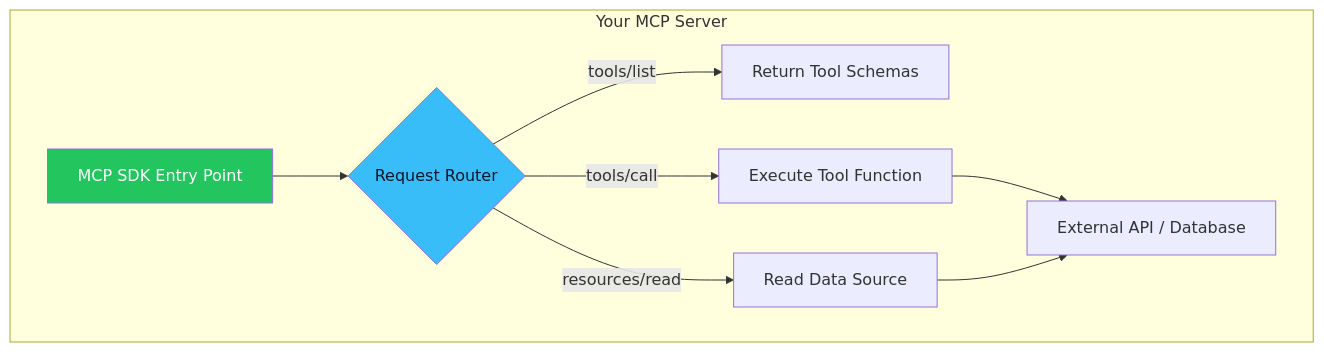
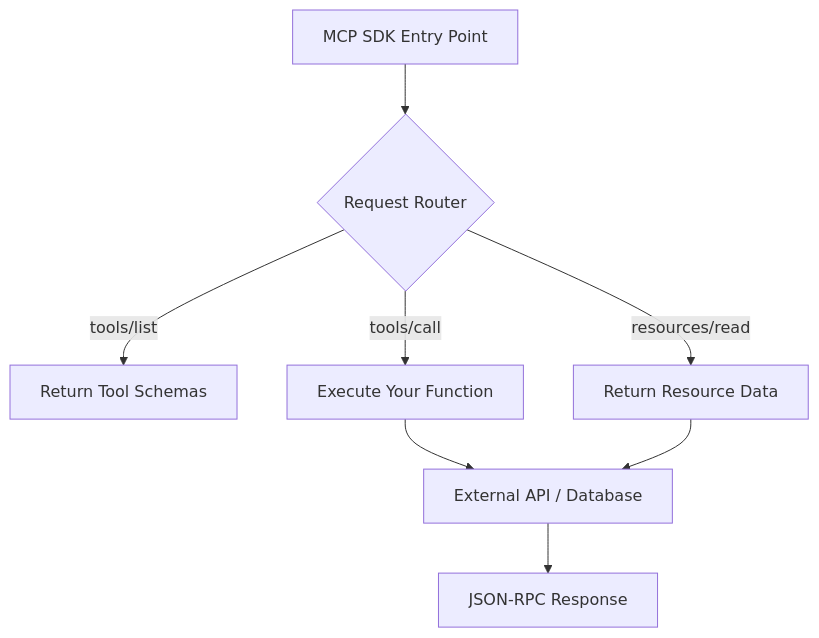
Before and after one commit to YoussefAshraf711/Wiki: the diagram in MCP/05-building-servers.md, drawn with Mermaid. The commit also changed other lines of this file and 6 other files, not shown here.

````diff
--- a/MCP/05-building-servers.md
+++ b/MCP/05-building-servers.md
@@ -98,15 +186,12 @@
 ```mermaid
 graph TD
-    subgraph "Your MCP Server"
-        Entry[MCP SDK Entry Point] --> Router{Request Router}
-        Router -->|tools/list| Discovery[Return Tool Schemas]
-        Router -->|tools/call| Executor[Execute Tool Function]
-        Router -->|resources/read| DataLayer[Read Data Source]
-        
-        Executor --> ExtAPI[External API / Database]
-        DataLayer --> ExtAPI
-    end
+    Entry[MCP SDK Entry Point] --> Router{Request Router}
+    Router -->|tools/list| Discovery[Return Tool Schemas]
+    Router -->|tools/call| Executor[Execute Your Function]
+    Router -->|resources/read| DataLayer[Return Resource Data]
     
-    style Entry fill:#22c55e,color:#fff
-    style Router fill:#38BDF8,color:#0F172A
+    Executor --> ExtAPI[External API / Database]
+    DataLayer --> ExtAPI
+    
+    ExtAPI --> Response[JSON-RPC Response]
 ```
````
